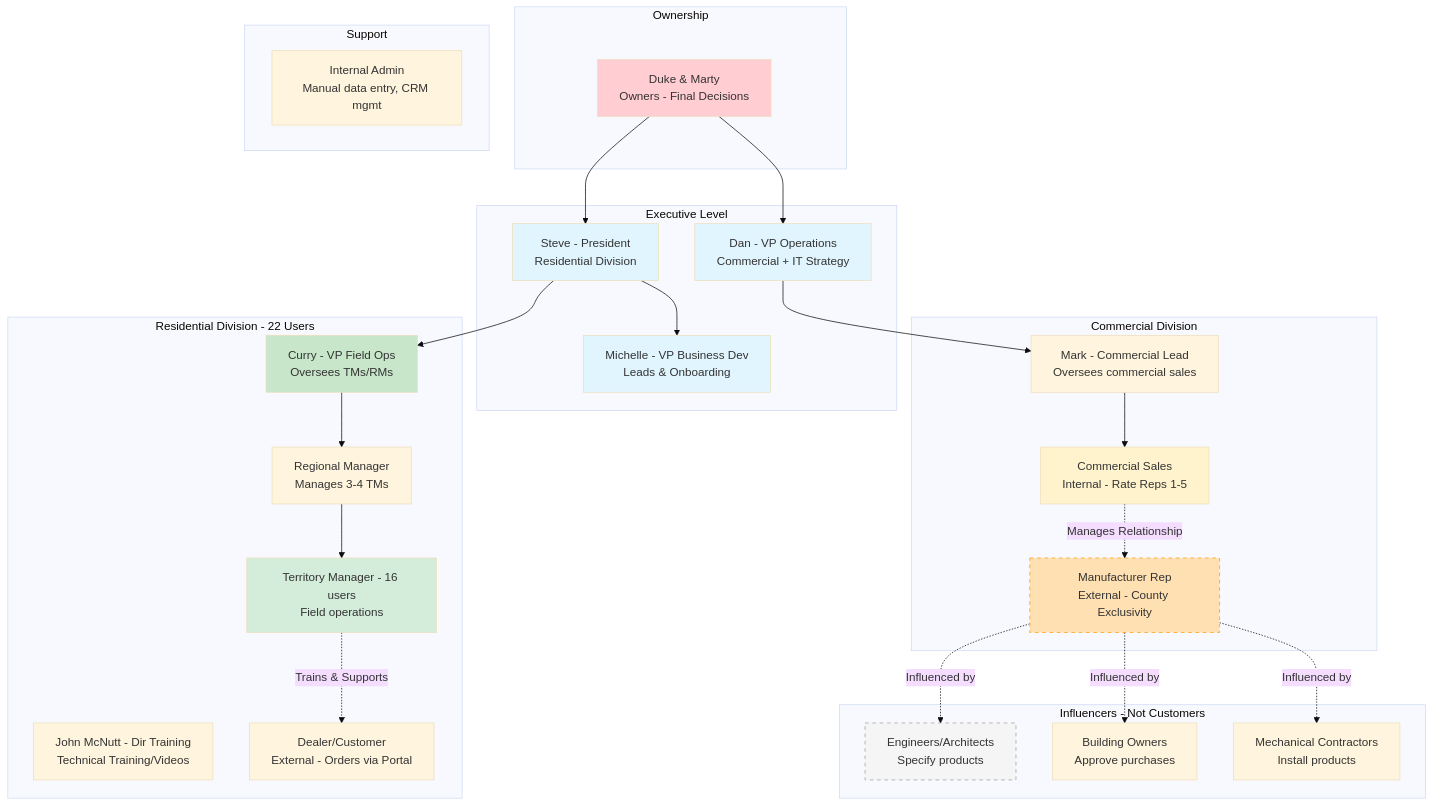
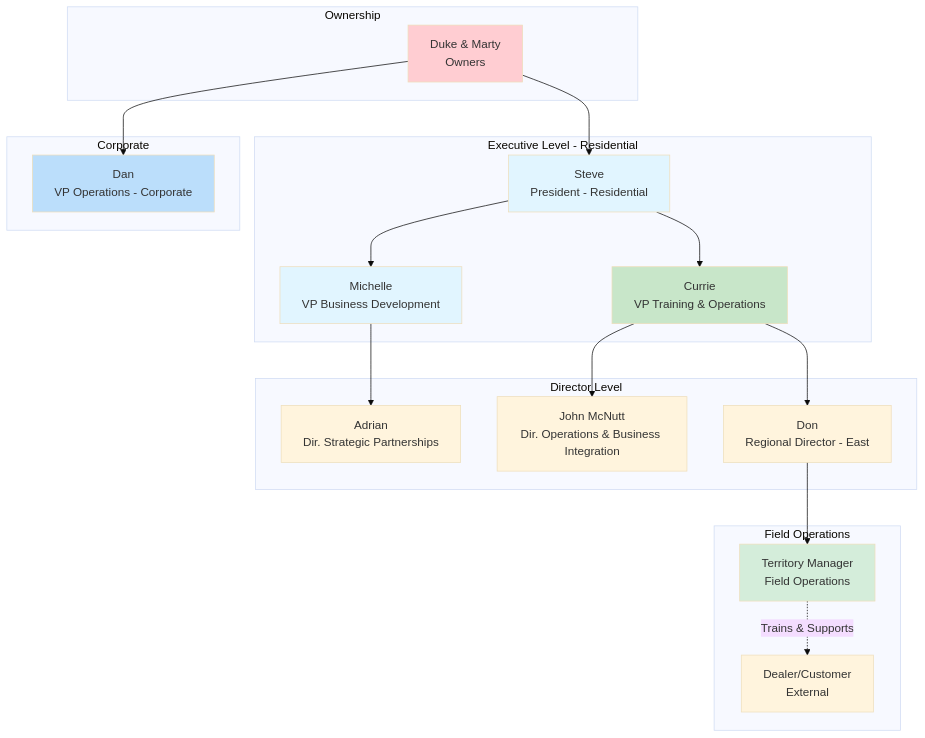
Before and after one commit to ahmadhassan91/dynamic-aqs: the first of 4 diagrams in docs/USER_PERSONAS.md, drawn with Mermaid (base theme). The commit also changed other lines of this file and 2 other files, not shown here.

Commit message:
docs: Update documentation - add meeting notes, update Regional Director title, add consignment workflow

````diff
--- a/docs/USER_PERSONAS.md
+++ b/docs/USER_PERSONAS.md
@@ -5,63 +22,44 @@
 ```mermaid
 graph TB
     subgraph "Ownership"
-        OWNERS[Duke & Marty<br/>Owners - Final Decisions]
+        OWNERS[Duke & Marty<br/>Owners]
     end
     
-    subgraph "Executive Level"
-        DAN[Dan - VP Operations<br/>Commercial + IT Strategy]
-        STEVE[Steve - President<br/>Residential Division]
-        MICHELLE[Michelle - VP Business Dev<br/>Leads & Onboarding]
+    subgraph "Corporate"
+        DAN[Dan<br/>VP Operations - Corporate]
     end
     
-    subgraph "Residential Division - 22 Users"
-        CURRY[Curry - VP Field Ops<br/>Oversees TMs/RMs]
-        JOHN[John McNutt - Dir Training<br/>Technical Training/Videos]
-        RM[Regional Manager<br/>Manages 3-4 TMs]
-        TM[Territory Manager - 16 users<br/>Field operations]
-        DEALER[Dealer/Customer<br/>External - Orders via Portal]
-        
-        STEVE --> CURRY
-        STEVE --> MICHELLE
-        CURRY --> RM
-        RM --> TM
-        TM -.->|Trains & Supports| DEALER
+    subgraph "Executive Level - Residential"
+        STEVE[Steve<br/>President - Residential]
+        MICHELLE[Michelle<br/>VP Business Development]
+        CURRY[Currie<br/>VP Training & Operations]
     end
     
-    subgraph "Commercial Division"
-        MARK[Mark - Commercial Lead<br/>Oversees commercial sales]
-        CSM[Commercial Sales<br/>Internal - Rate Reps 1-5]
-        REP[Manufacturer Rep<br/>External - County Exclusivity]
-        
-        DAN --> MARK
-        MARK --> CSM
-        CSM -.->|Manages Relationship| REP
+    subgraph "Director Level"
+        JOHN[John McNutt<br/>Dir. Operations & Business Integration]
+        ADRIAN[Adrian<br/>Dir. Strategic Partnerships]
+        DON[Don<br/>Regional Director - East]
     end
     
-    subgraph "Influencers - Not Customers"
-        ENG[Engineers/Architects<br/>Specify products]
-        BLDG[Building Owners<br/>Approve purchases]
-        MECH[Mechanical Contractors<br/>Install products]
-        
-        REP -.->|Influenced by| ENG
-        REP -.->|Influenced by| BLDG
-        REP -.->|Influenced by| MECH
-    end
-    
-    subgraph "Support"
-        ADMIN[Internal Admin<br/>Manual data entry, CRM mgmt]
+    subgraph "Field Operations"
+        TM[Territory Manager<br/>Field Operations]
+        DEALER[Dealer/Customer<br/>External]
     end
     
     OWNERS --> DAN
     OWNERS --> STEVE
+    STEVE --> MICHELLE
+    STEVE --> CURRY
+    CURRY --> JOHN
+    MICHELLE --> ADRIAN
+    CURRY --> DON
+    DON --> TM
+    TM -.->|Trains & Supports| DEALER
     
     style OWNERS fill:#ffcdd2
-    style DAN fill:#e1f5ff
+    style DAN fill:#bbdefb
     style STEVE fill:#e1f5ff
     style MICHELLE fill:#e1f5ff
     style CURRY fill:#c8e6c9
     style TM fill:#d4edda
-    style CSM fill:#fff3cd
-    style REP fill:#ffe0b2,stroke:#ff9800,stroke-dasharray: 5 5
-    style ENG fill:#f5f5f5,stroke:#9e9e9e,stroke-dasharray: 5 5
 ```
````
